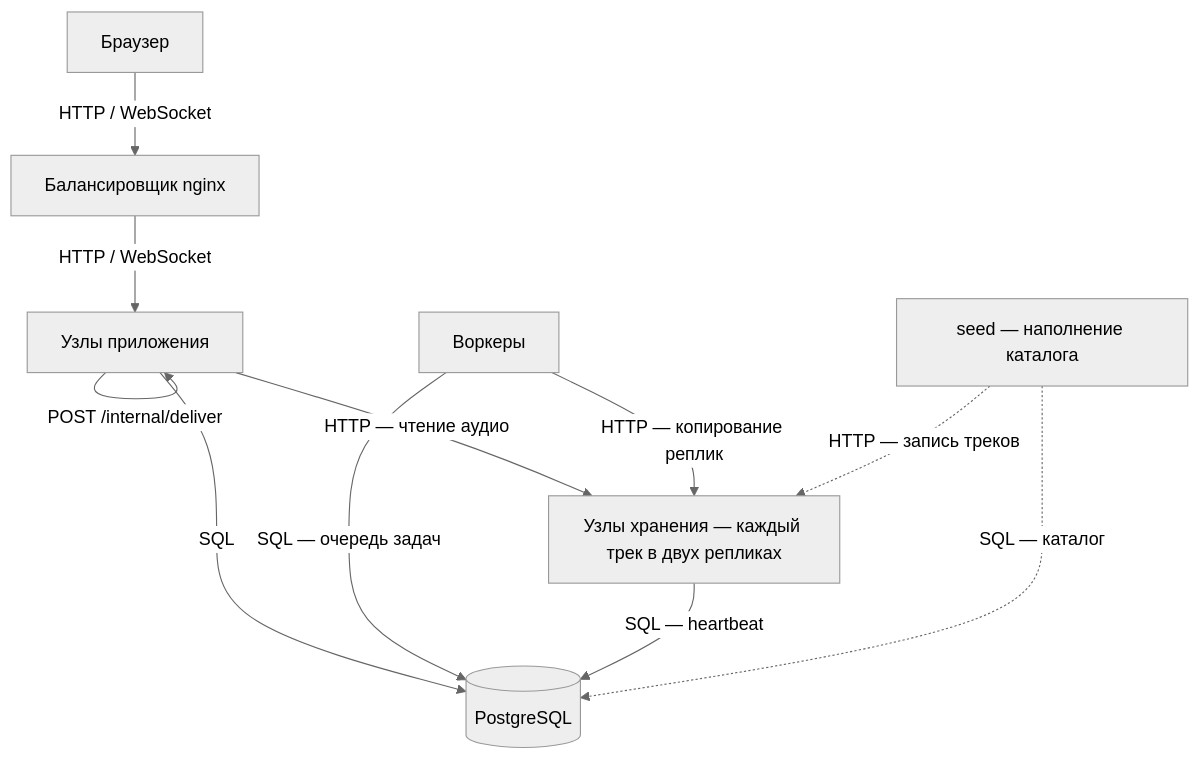
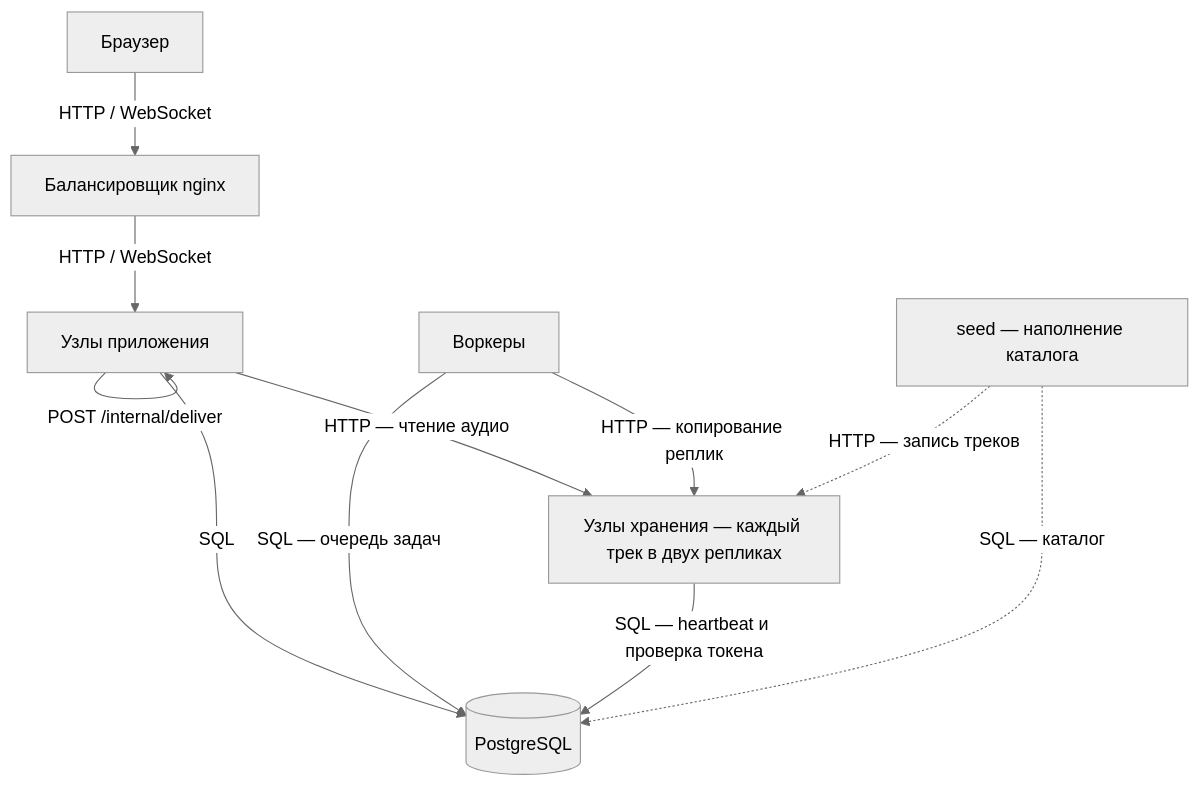
The first of 9 diagrams in docs/tr.md (spbu-ds-practicum-2026/TheBoys), drawn with Mermaid (neutral theme) before and after one commit. The commit also changed other lines of this file, not shown here.

````diff
--- a/docs/tr.md
+++ b/docs/tr.md
@@ -128,21 +131,21 @@
 ```mermaid
 graph TD
   Browser[Браузер]
   LB[Балансировщик nginx]
   App[Узлы приложения]
   Worker[Воркеры]
   Storage[Узлы хранения — каждый трек в двух репликах]
   DB[(PostgreSQL)]
   Seed[seed — наполнение каталога]
 
   Browser-->|HTTP / WebSocket|LB
   LB-->|HTTP / WebSocket|App
   App-->|POST /internal/deliver|App
   App-->|HTTP — чтение аудио|Storage
   App-->|SQL|DB
   Worker-->|HTTP — копирование реплик|Storage
   Worker-->|SQL — очередь задач|DB
-  Storage-->|SQL — heartbeat|DB
+  Storage-->|SQL — heartbeat и проверка токена|DB
   Seed-.->|HTTP — запись треков|Storage
   Seed-.->|SQL — каталог|DB
 ```
````
